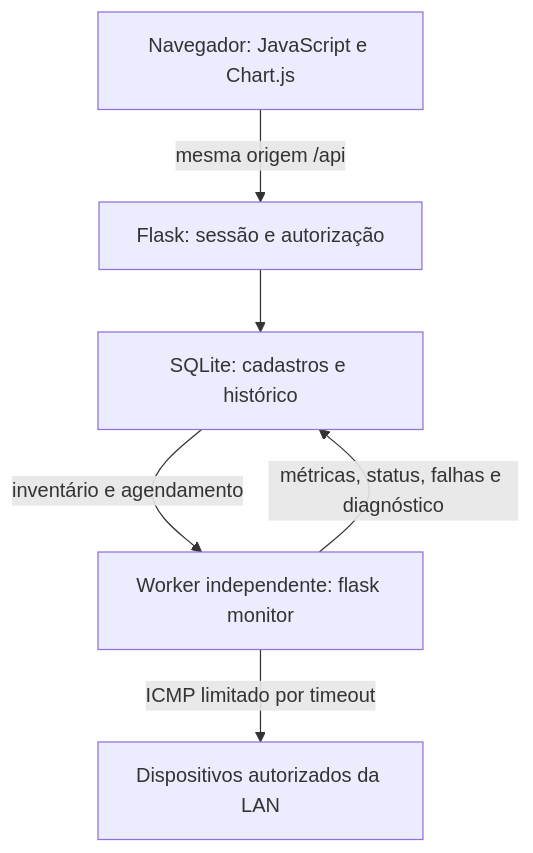
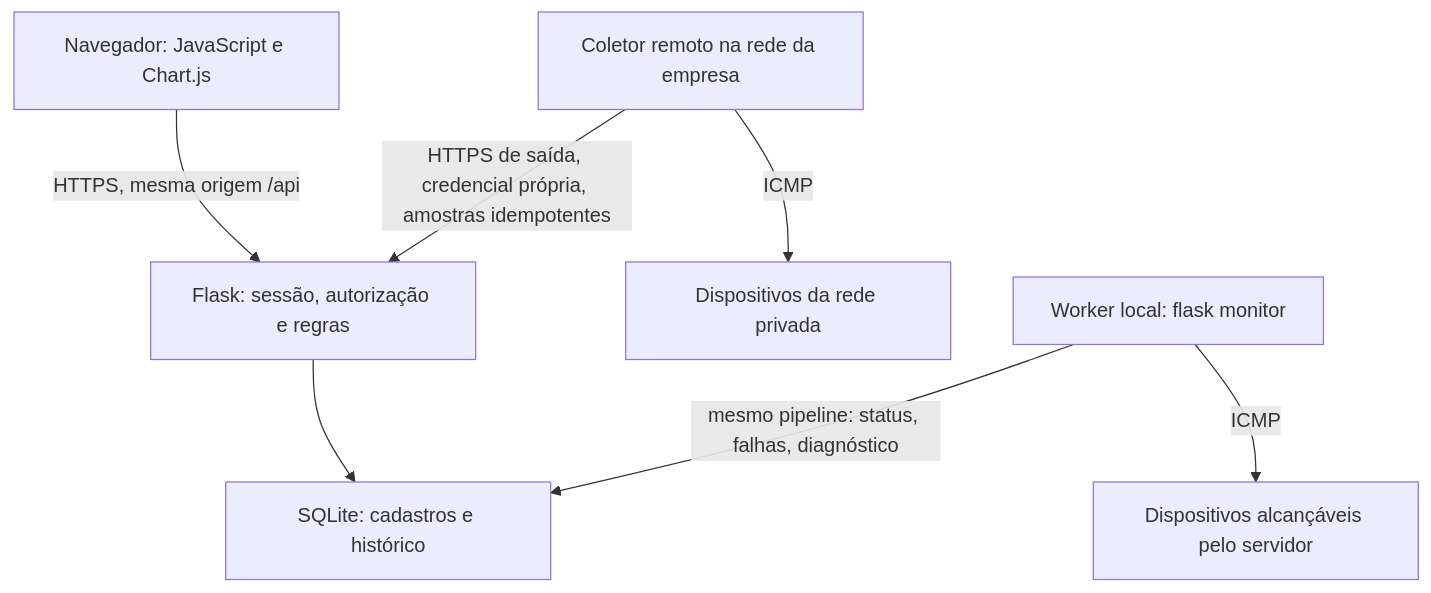
Before and after one commit to MarceloRodriguesDoNascimento/EdgeHealth: the diagram in README.md, drawn with Mermaid. The commit also changed other lines of this file and 12 other files, not shown here.

````diff
--- a/README.md
+++ b/README.md
@@ -11,8 +17,9 @@
 ```mermaid
 flowchart TD
-  UI["Navegador: JavaScript e Chart.js"] -->|"mesma origem /api"| API["Flask: sessão e autorização"]
+  UI["Navegador: JavaScript e Chart.js"] -->|"HTTPS, mesma origem /api"| API["Flask: sessão, autorização e regras"]
   API --> DB["SQLite: cadastros e histórico"]
-  WORKER["Worker independente: flask monitor"] -->|"ICMP limitado por timeout"| LAN["Dispositivos autorizados da LAN"]
-  WORKER -->|"métricas, status, falhas e diagnóstico"| DB
-  DB -->|"inventário e agendamento"| WORKER
+  COL["Coletor remoto na rede da empresa"] -->|"ICMP"| LAN["Dispositivos da rede privada"]
+  COL -->|"HTTPS de saída, credencial própria, amostras idempotentes"| API
+  WORKER["Worker local: flask monitor"] -->|"ICMP"| NEAR["Dispositivos alcançáveis pelo servidor"]
+  WORKER -->|"mesmo pipeline: status, falhas, diagnóstico"| DB
 ```
````
